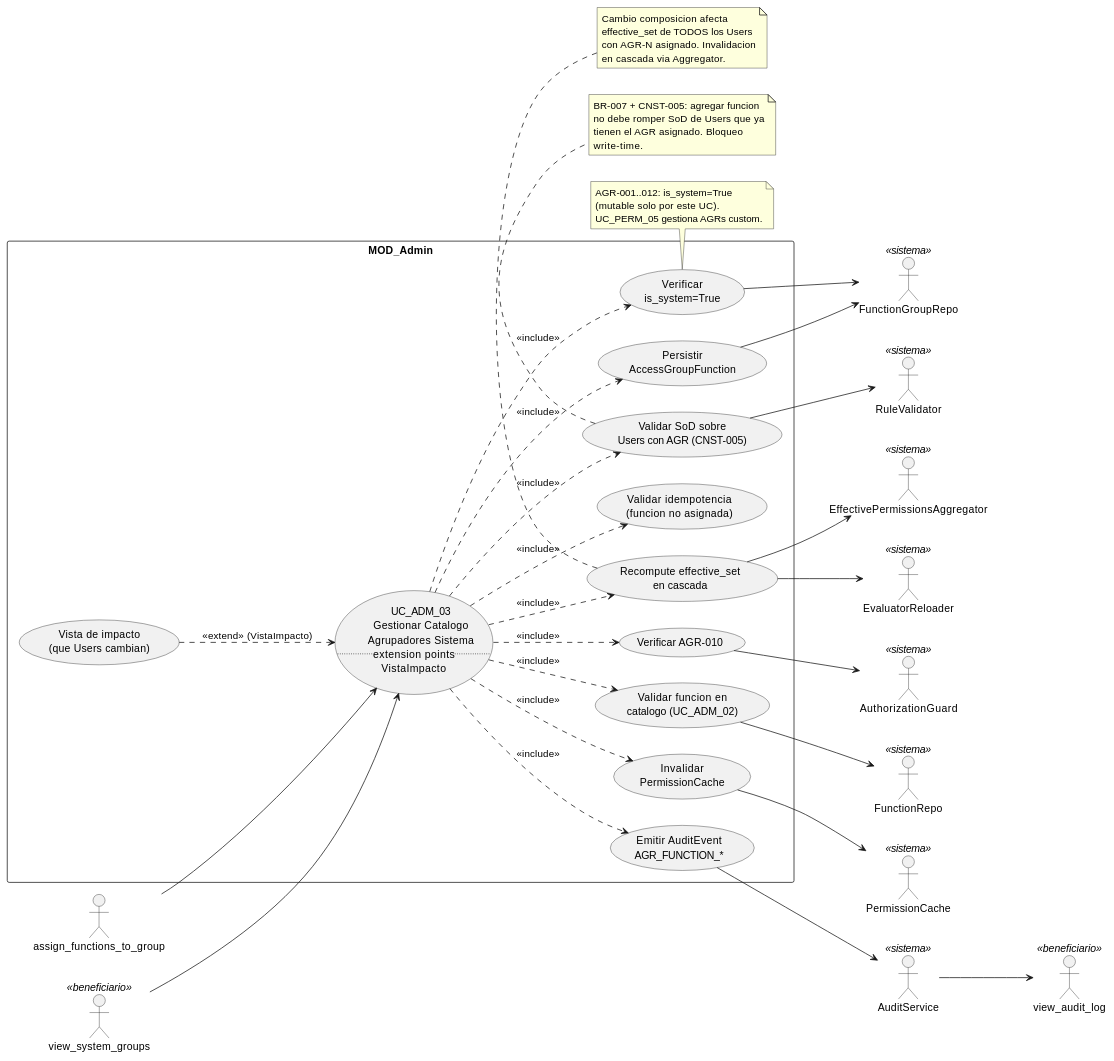
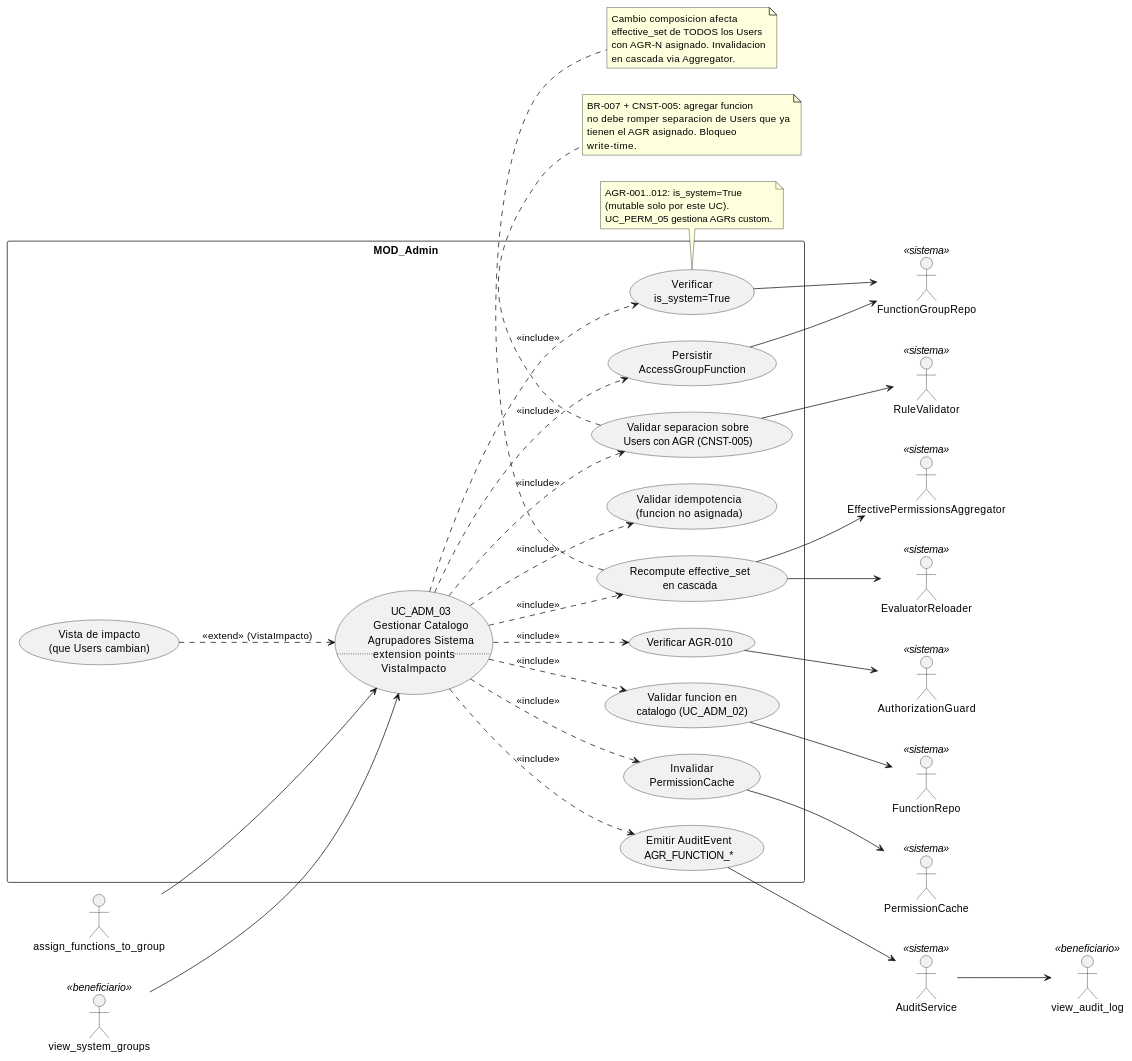
Before and after one commit to jcg-admin/IACT-docs: the diagram in source/arquitectura-tecnica/use-case-view/admin/uc-adm-03-gestionar-catalogo-de-agrupadores-del-sistema.rst, drawn with PlantUML. The commit also changed other lines of this file, not shown here.

Commit message:
Replace SOD identifiers and narrative in uc-adm-03
T-006: Cat-1 + Cat-2 + Cat-3.

Refs: T-006, executor directive 'no Sod'

```diff
--- a/source/arquitectura-tecnica/use-case-view/admin/uc-adm-03-gestionar-catalogo-de-agrupadores-del-sistema.rst
+++ b/source/arquitectura-tecnica/use-case-view/admin/uc-adm-03-gestionar-catalogo-de-agrupadores-del-sistema.rst
@@ -27,79 +27,79 @@
 .. uml::
  :caption: UC_ADM_03 — actores y casos asociados.
 
  @startuml
 
  left to right direction
 
  actor "assign_functions_to_group" as assign_functions_to_group
  actor "view_system_groups" as view_system_groups <<beneficiario>>
  actor "view_audit_log" as view_audit_log <<beneficiario>>
  actor "AuthorizationGuard" as AuthorizationGuard <<sistema>>
  actor "FunctionGroupRepo" as FunctionGroupRepo <<sistema>>
  actor "FunctionRepo" as FunctionRepo <<sistema>>
  actor "RuleValidator" as RuleValidator <<sistema>>
  actor "EffectivePermissionsAggregator" as EffectivePermissionsAggregator <<sistema>>
  actor "PermissionCache" as PermissionCache <<sistema>>
  actor "EvaluatorReloader" as EvaluatorReloader <<sistema>>
  actor "AuditService" as AuditService <<sistema>>
 
  rectangle "MOD_Admin" {
    usecase "UC_ADM_03\nGestionar Catalogo\nAgrupadores Sistema\n.. extension points ..\nVistaImpacto" as UC_ADM_03
    usecase "Verificar AGR-010" as VERIFICAR_AGR
    usecase "Verificar\nis_system=True" as VERIFICAR_SYS
    usecase "Validar funcion en\ncatalogo (UC_ADM_02)" as VALIDAR_FUNCION
-   usecase "Validar SoD sobre\nUsers con AGR (CNST-005)" as VALIDAR_SOD
+   usecase "Validar separacion sobre\nUsers con AGR (CNST-005)" as VALIDAR_SEPARATION_RULES
    usecase "Validar idempotencia\n(funcion no asignada)" as IDEMP
    usecase "Persistir\nAccessGroupFunction" as PERSISTIR
    usecase "Recompute effective_set\nen cascada" as RECALC
    usecase "Invalidar\nPermissionCache" as INVALIDAR
    usecase "Emitir AuditEvent\nAGR_FUNCTION_*" as AUDITAR
    usecase "Vista de impacto\n(que Users cambian)" as IMPACT
  }
 
  assign_functions_to_group --> UC_ADM_03
  view_system_groups --> UC_ADM_03
 
  UC_ADM_03 ..> VERIFICAR_AGR : <<include>>
  UC_ADM_03 ..> VERIFICAR_SYS : <<include>>
  UC_ADM_03 ..> VALIDAR_FUNCION : <<include>>
- UC_ADM_03 ..> VALIDAR_SOD : <<include>>
+ UC_ADM_03 ..> VALIDAR_SEPARATION_RULES : <<include>>
  UC_ADM_03 ..> IDEMP : <<include>>
  UC_ADM_03 ..> PERSISTIR : <<include>>
  UC_ADM_03 ..> RECALC : <<include>>
  UC_ADM_03 ..> INVALIDAR : <<include>>
  UC_ADM_03 ..> AUDITAR : <<include>>
  IMPACT ..> UC_ADM_03 : <<extend>> (VistaImpacto)
 
  VERIFICAR_AGR --> AuthorizationGuard
  VERIFICAR_SYS --> FunctionGroupRepo
  VALIDAR_FUNCION --> FunctionRepo
- VALIDAR_SOD --> RuleValidator
+ VALIDAR_SEPARATION_RULES --> RuleValidator
  PERSISTIR --> FunctionGroupRepo
  RECALC --> EffectivePermissionsAggregator
  INVALIDAR --> PermissionCache
  RECALC --> EvaluatorReloader
  AUDITAR --> AuditService
  AuditService --> view_audit_log
 
  note bottom of VERIFICAR_SYS
    AGR-001..012: is_system=True
    (mutable solo por este UC).
    UC_PERM_05 gestiona AGRs custom.
  end note
 
- note bottom of VALIDAR_SOD
+ note bottom of VALIDAR_SEPARATION_RULES
    BR-007 + CNST-005: agregar funcion
-   no debe romper SoD de Users que ya
+   no debe romper separacion de Users que ya
    tienen el AGR asignado. Bloqueo
    write-time.
  end note
 
  note bottom of RECALC
    Cambio composicion afecta
    effective_set de TODOS los Users
    con AGR-N asignado. Invalidacion
    en cascada via Aggregator.
  end note
 
  @enduml
```
